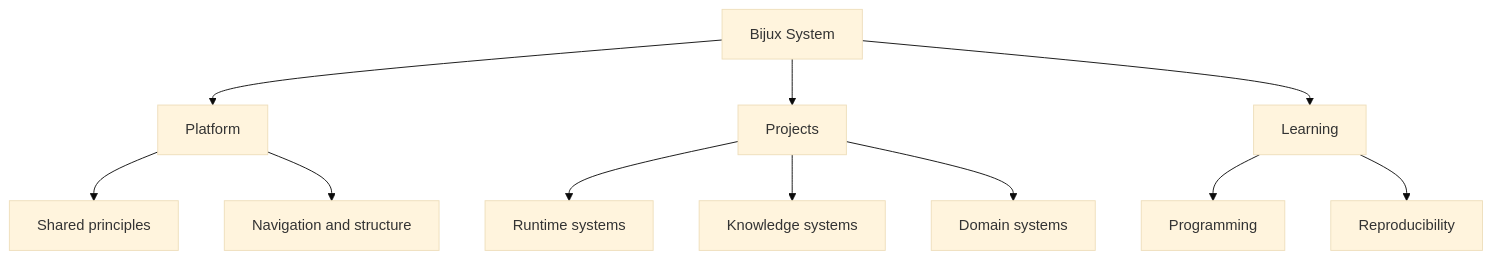
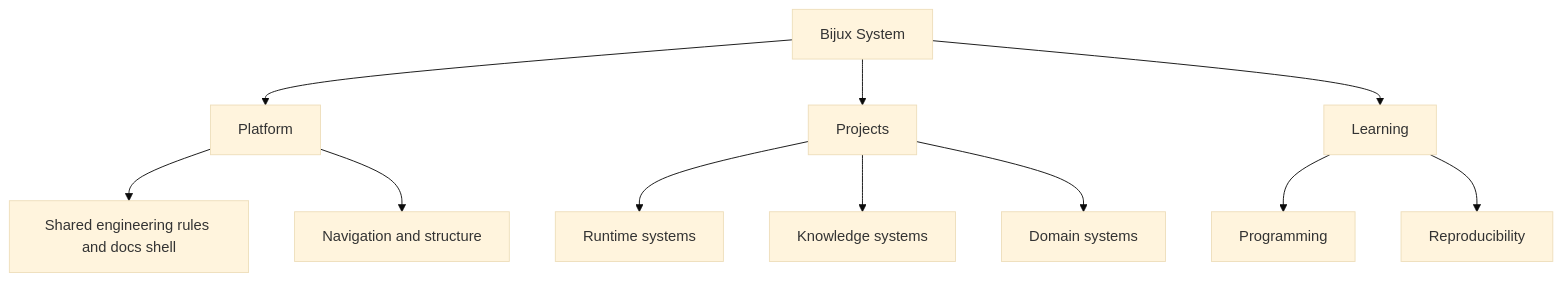
Before and after one commit to bijux/bijux.github.io: the diagram in docs/platform/system-map.md, drawn with Mermaid (base theme). The commit also changed other lines of this file, not shown here.

````diff
--- a/docs/platform/system-map.md
+++ b/docs/platform/system-map.md
@@ -21,16 +29,16 @@
 ```mermaid
 graph TD
     system["Bijux System"] --> platform["Platform"]
     system --> projects["Projects"]
     system --> learning["Learning"]
 
-    platform --> principles["Shared principles"]
+    platform --> principles["Shared engineering rules and docs shell"]
     platform --> structure["Navigation and structure"]
 
     projects --> runtime["Runtime systems"]
     projects --> knowledge["Knowledge systems"]
     projects --> domain["Domain systems"]
 
     learning --> programming["Programming"]
     learning --> reproducibility["Reproducibility"]
 ```
````
